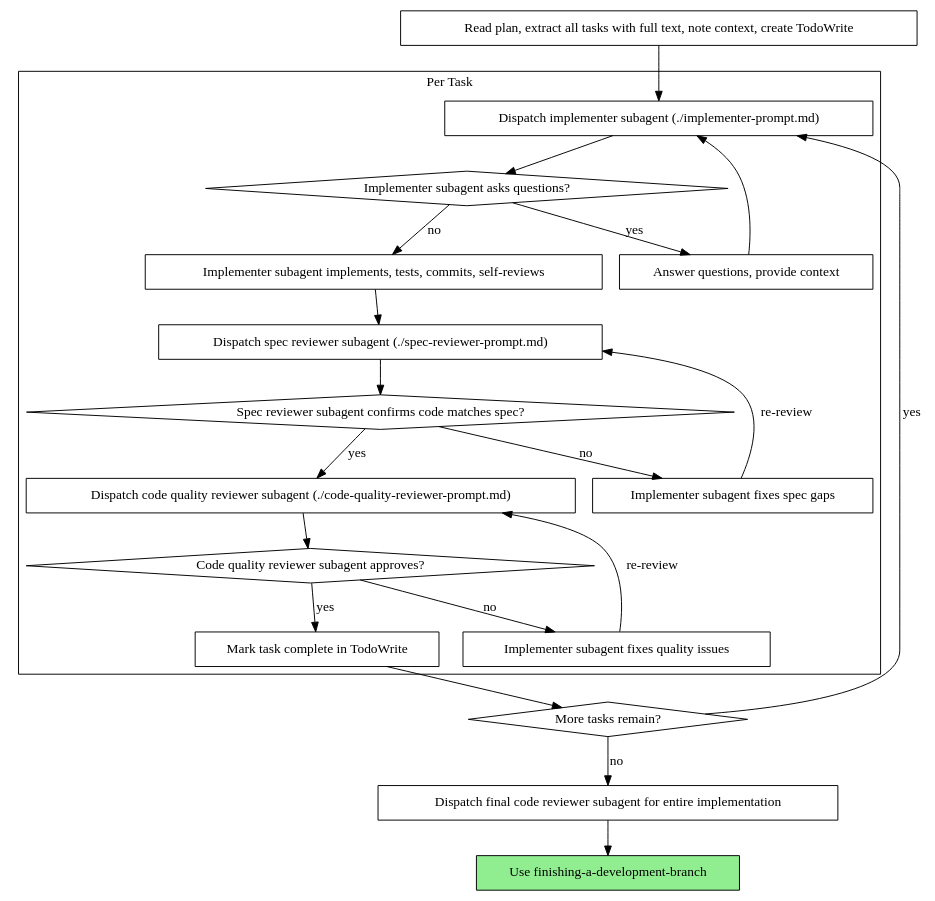
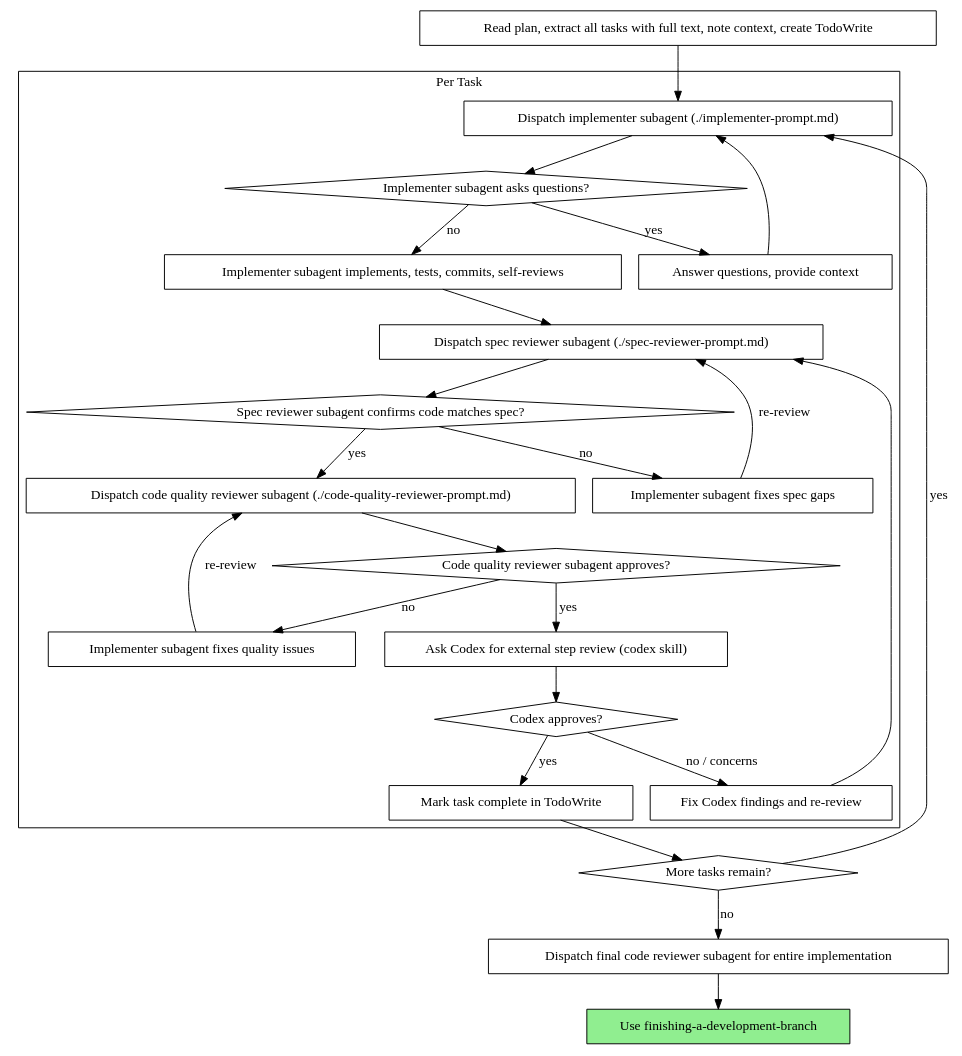
One commit to 79yuuki/dotfiles changed the second of 2 diagrams in claude/skills/subagent-driven-development/SKILL.md. Above: the diagram before and after it, drawn with Graphviz. The commit also changed other lines of this file and 5 other files, not shown here.

Commit message:
docs: add codex step review workflow

````diff
--- a/claude/skills/subagent-driven-development/SKILL.md
+++ b/claude/skills/subagent-driven-development/SKILL.md
@@ -44,44 +45,51 @@
 ```dot
 digraph process {
     rankdir=TB;
 
     subgraph cluster_per_task {
         label="Per Task";
         "Dispatch implementer subagent (./implementer-prompt.md)" [shape=box];
         "Implementer subagent asks questions?" [shape=diamond];
         "Answer questions, provide context" [shape=box];
         "Implementer subagent implements, tests, commits, self-reviews" [shape=box];
         "Dispatch spec reviewer subagent (./spec-reviewer-prompt.md)" [shape=box];
         "Spec reviewer subagent confirms code matches spec?" [shape=diamond];
         "Implementer subagent fixes spec gaps" [shape=box];
         "Dispatch code quality reviewer subagent (./code-quality-reviewer-prompt.md)" [shape=box];
         "Code quality reviewer subagent approves?" [shape=diamond];
         "Implementer subagent fixes quality issues" [shape=box];
+        "Ask Codex for external step review (codex skill)" [shape=box];
+        "Codex approves?" [shape=diamond];
+        "Fix Codex findings and re-review" [shape=box];
         "Mark task complete in TodoWrite" [shape=box];
     }
 
     "Read plan, extract all tasks with full text, note context, create TodoWrite" [shape=box];
     "More tasks remain?" [shape=diamond];
     "Dispatch final code reviewer subagent for entire implementation" [shape=box];
     "Use finishing-a-development-branch" [shape=box style=filled fillcolor=lightgreen];
 
     "Read plan, extract all tasks with full text, note context, create TodoWrite" -> "Dispatch implementer subagent (./implementer-prompt.md)";
     "Dispatch implementer subagent (./implementer-prompt.md)" -> "Implementer subagent asks questions?";
     "Implementer subagent asks questions?" -> "Answer questions, provide context" [label="yes"];
     "Answer questions, provide context" -> "Dispatch implementer subagent (./implementer-prompt.md)";
     "Implementer subagent asks questions?" -> "Implementer subagent implements, tests, commits, self-reviews" [label="no"];
     "Implementer subagent implements, tests, commits, self-reviews" -> "Dispatch spec reviewer subagent (./spec-reviewer-prompt.md)";
     "Dispatch spec reviewer subagent (./spec-reviewer-prompt.md)" -> "Spec reviewer subagent confirms code matches spec?";
     "Spec reviewer subagent confirms code matches spec?" -> "Implementer subagent fixes spec gaps" [label="no"];
     "Implementer subagent fixes spec gaps" -> "Dispatch spec reviewer subagent (./spec-reviewer-prompt.md)" [label="re-review"];
     "Spec reviewer subagent confirms code matches spec?" -> "Dispatch code quality reviewer subagent (./code-quality-reviewer-prompt.md)" [label="yes"];
     "Dispatch code quality reviewer subagent (./code-quality-reviewer-prompt.md)" -> "Code quality reviewer subagent approves?";
     "Code quality reviewer subagent approves?" -> "Implementer subagent fixes quality issues" [label="no"];
     "Implementer subagent fixes quality issues" -> "Dispatch code quality reviewer subagent (./code-quality-reviewer-prompt.md)" [label="re-review"];
-    "Code quality reviewer subagent approves?" -> "Mark task complete in TodoWrite" [label="yes"];
+    "Code quality reviewer subagent approves?" -> "Ask Codex for external step review (codex skill)" [label="yes"];
+    "Ask Codex for external step review (codex skill)" -> "Codex approves?";
+    "Codex approves?" -> "Fix Codex findings and re-review" [label="no / concerns"];
+    "Fix Codex findings and re-review" -> "Dispatch spec reviewer subagent (./spec-reviewer-prompt.md)";
+    "Codex approves?" -> "Mark task complete in TodoWrite" [label="yes"];
     "Mark task complete in TodoWrite" -> "More tasks remain?";
     "More tasks remain?" -> "Dispatch implementer subagent (./implementer-prompt.md)" [label="yes"];
     "More tasks remain?" -> "Dispatch final code reviewer subagent for entire implementation" [label="no"];
     "Dispatch final code reviewer subagent for entire implementation" -> "Use finishing-a-development-branch";
 }
 ```
````
